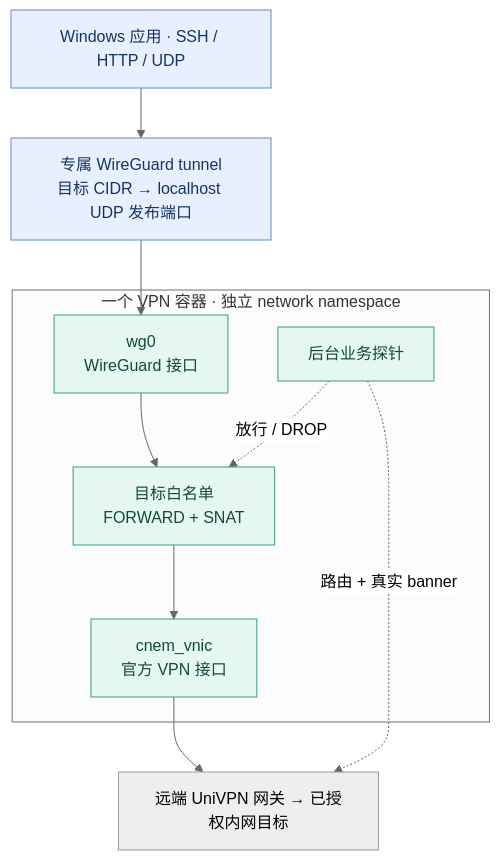
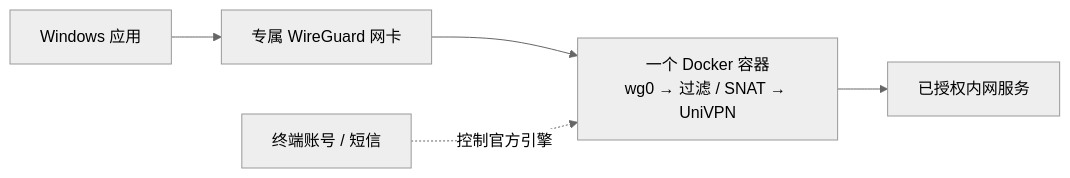
One commit to JavaZeroo/univpn-docker-gateway changed the diagram in README.md. Above: the diagram before and after it, drawn with Mermaid (neutral theme). The commit also changed other lines of this file and 21 other files, not shown here.

````diff
--- a/README.md
+++ b/README.md
@@ -48,16 +42,7 @@
 ```mermaid
-flowchart TB
-    app["Windows 应用 · SSH / HTTP / UDP"] --> win["专属 WireGuard tunnel<br/>目标 CIDR → localhost UDP 发布端口"]
-    subgraph vpn["一个 VPN 容器 · 独立 network namespace"]
-        wg["wg0<br/>WireGuard 接口"] --> gate["目标白名单<br/>FORWARD + SNAT"]
-        gate --> nic["cnem_vnic<br/>官方 VPN 接口"]
-        health["后台业务探针"] -. "放行 / DROP" .-> gate
-    end
-    win --> wg
-    nic --> remote["远端 UniVPN 网关 → 已授权内网目标"]
-    health -. "路由 + 真实 banner" .-> remote
-    classDef entry fill:#e8f0ff,stroke:#6789c7,color:#18345d
-    classDef guarded fill:#e5f7f1,stroke:#389c83,color:#16493b
-    class app,win entry
-    class wg,gate,nic,health guarded
+flowchart LR
+    Apps["Windows 应用"] --> WG["专属 WireGuard 网卡"]
+    WG --> VPN["一个 Docker 容器<br/>wg0 → 过滤 / SNAT → UniVPN"]
+    VPN --> Target["已授权内网服务"]
+    CLI["终端账号 / 短信"] -. "控制官方引擎" .-> VPN
 ```
````
